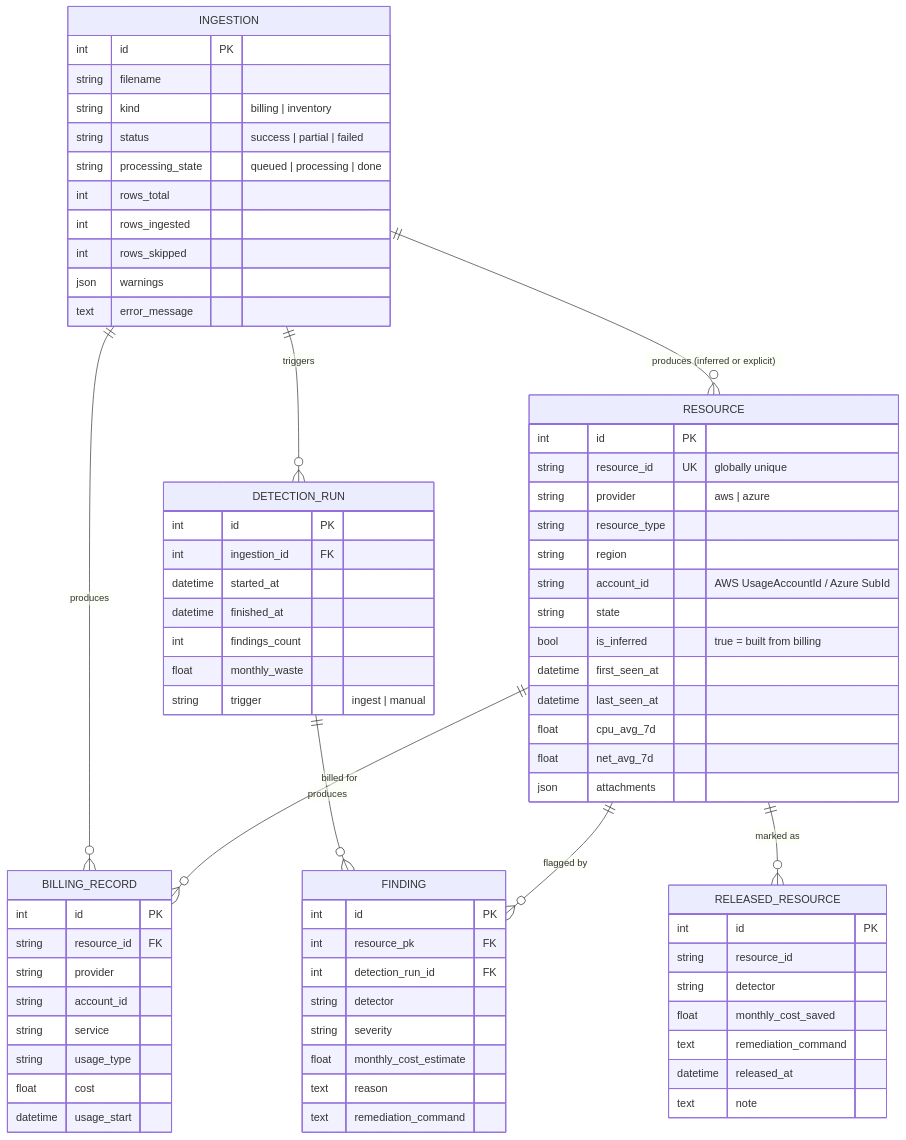
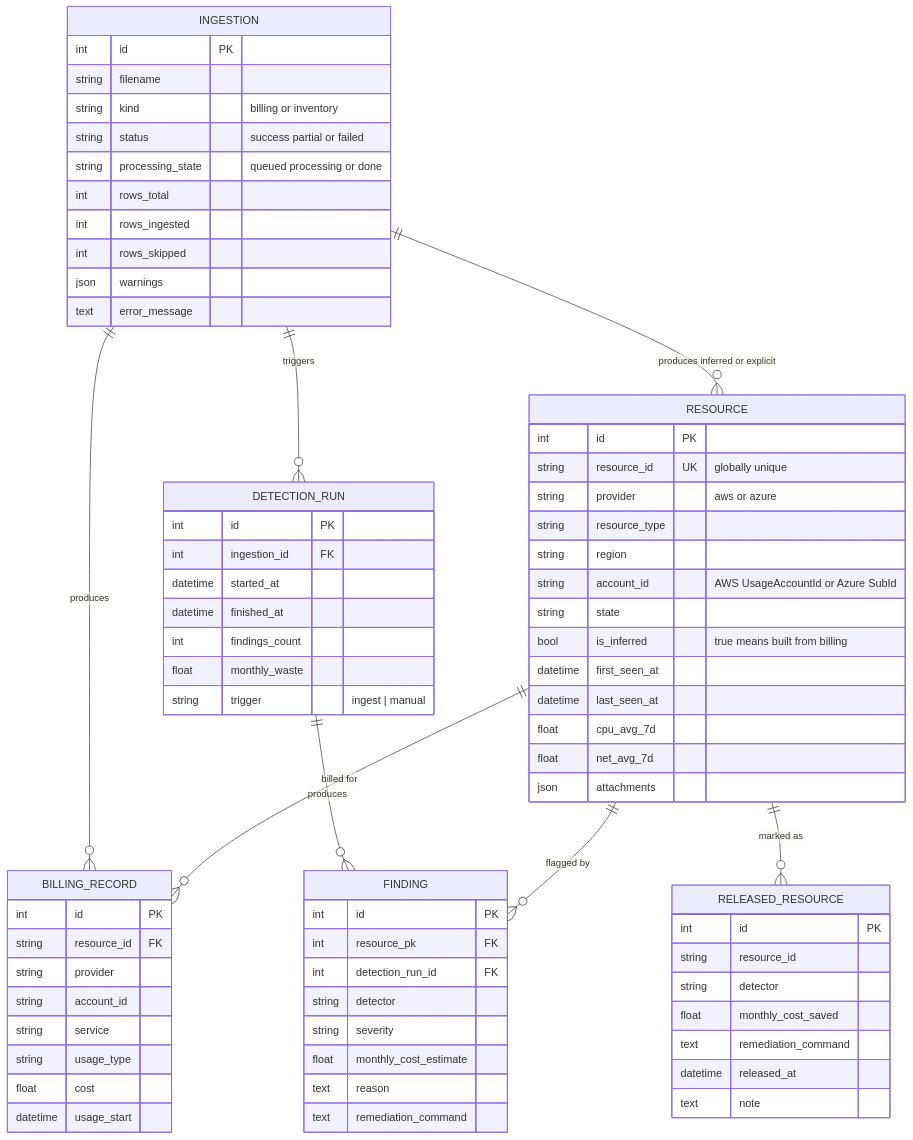
One commit to lo9i/finops changed the third of 3 diagrams in README.md. Above: the diagram before and after it, drawn with Mermaid. The commit also changed other lines of this file, not shown here.

First line of the commit message:
docs: fix Mermaid sequence diagram for GitHub renderer

````diff
--- a/README.md
+++ b/README.md
@@ -177,76 +177,76 @@
 ```mermaid
 erDiagram
   INGESTION ||--o{ BILLING_RECORD : "produces"
-  INGESTION ||--o{ RESOURCE : "produces (inferred or explicit)"
+  INGESTION ||--o{ RESOURCE : "produces inferred or explicit"
   INGESTION ||--o{ DETECTION_RUN : "triggers"
   DETECTION_RUN ||--o{ FINDING : "produces"
   RESOURCE ||--o{ FINDING : "flagged by"
   RESOURCE ||--o{ BILLING_RECORD : "billed for"
   RESOURCE ||--o{ RELEASED_RESOURCE : "marked as"
 
   INGESTION {
     int id PK
     string filename
-    string kind "billing | inventory"
-    string status "success | partial | failed"
-    string processing_state "queued | processing | done"
+    string kind "billing or inventory"
+    string status "success partial or failed"
+    string processing_state "queued processing or done"
     int rows_total
     int rows_ingested
     int rows_skipped
     json warnings
     text error_message
   }
   RESOURCE {
     int id PK
     string resource_id UK "globally unique"
-    string provider "aws | azure"
+    string provider "aws or azure"
     string resource_type
     string region
-    string account_id "AWS UsageAccountId / Azure SubId"
+    string account_id "AWS UsageAccountId or Azure SubId"
     string state
-    bool is_inferred "true = built from billing"
+    bool is_inferred "true means built from billing"
     datetime first_seen_at
     datetime last_seen_at
     float cpu_avg_7d
     float net_avg_7d
     json attachments
   }
   BILLING_RECORD {
     int id PK
     string resource_id FK
     string provider
     string account_id
     string service
     string usage_type
     float cost
     datetime usage_start
   }
   DETECTION_RUN {
     int id PK
     int ingestion_id FK
     datetime started_at
     datetime finished_at
     int findings_count
     float monthly_waste
     string trigger "ingest | manual"
   }
   FINDING {
     int id PK
     int resource_pk FK
     int detection_run_id FK
     string detector
     string severity
     float monthly_cost_estimate
     text reason
     text remediation_command
   }
   RELEASED_RESOURCE {
     int id PK
     string resource_id
     string detector
     float monthly_cost_saved
     text remediation_command
     datetime released_at
     text note
   }
 ```
````
